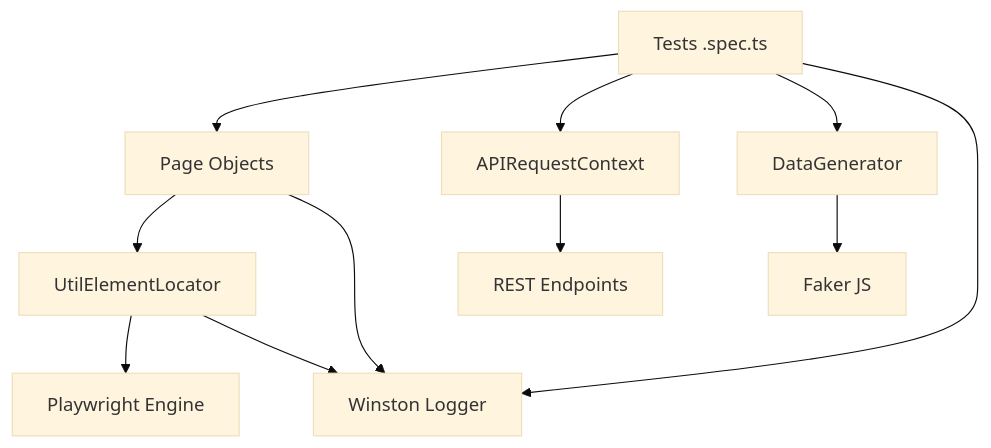
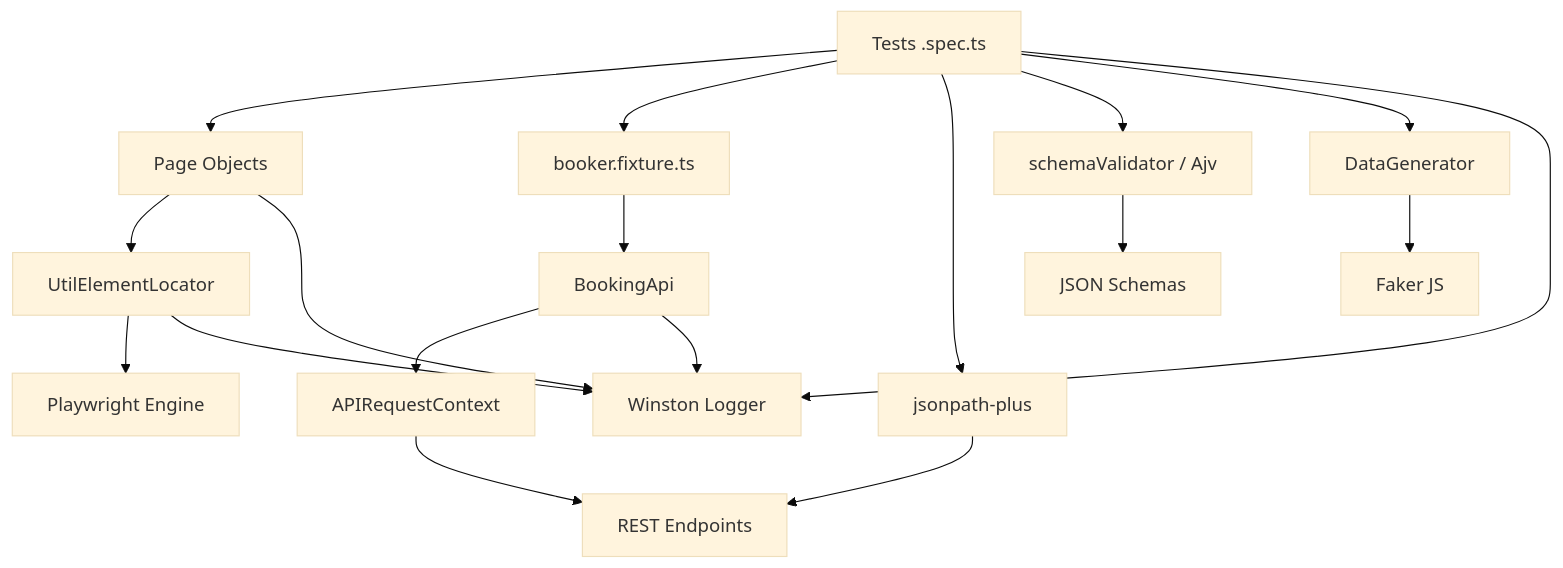
Before and after one commit to SathishQASelenium/AdvancePlaywrightFramework1x: the first of 3 diagrams in README.md, drawn with Mermaid (base theme). The commit also changed other lines of this file and 24 other files, not shown here.

First line of the commit message:
feat: add JSONPath Plus queries, AJV schema validation, and booker fixture

````diff
--- a/README.md
+++ b/README.md
@@ -423,16 +535,25 @@
 ```mermaid
 graph TD
     T[Tests .spec.ts] --> POM[Page Objects]
     POM --> UEL[UtilElementLocator]
     UEL --> PW[Playwright Engine]
 
-    T --> API[APIRequestContext]
+    T --> FX[booker.fixture.ts]
+    FX --> BA[BookingApi]
+    BA --> API[APIRequestContext]
     API --> REST[REST Endpoints]
+
+    T --> JP[jsonpath-plus]
+    JP --> REST
+
+    T --> SV[schemaValidator / Ajv]
+    SV --> SC[JSON Schemas]
 
     T --> DG[DataGenerator]
     DG --> F[Faker JS]
 
     T --> L[Winston Logger]
     POM --> L
     UEL --> L
+    BA --> L
 ```
````
